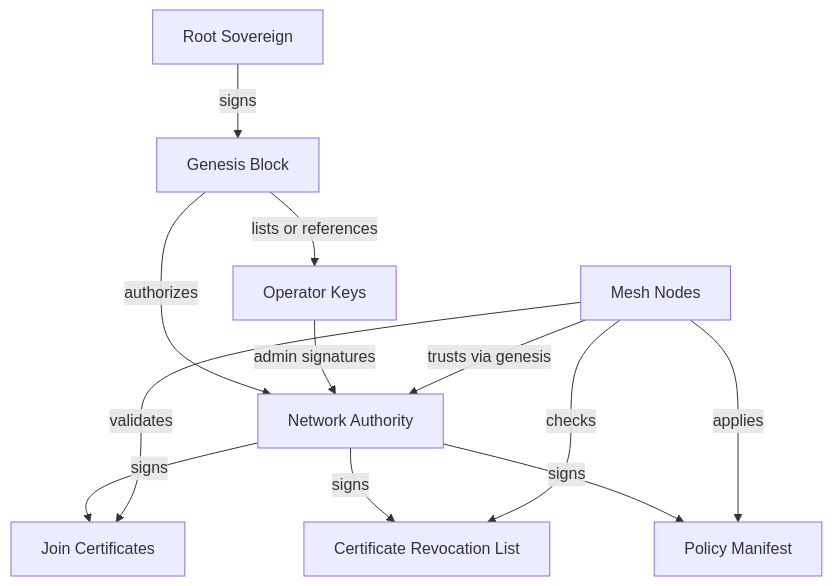
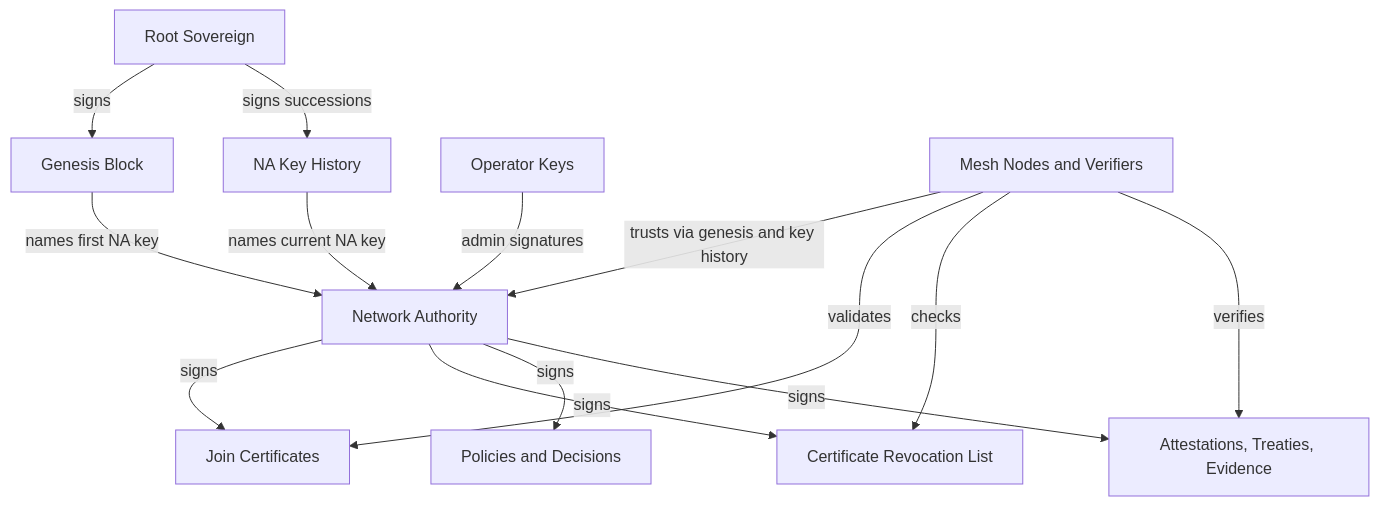
The diagram in docs/concepts/trust-model.md (GenesisMeshLabs/genesismesh), drawn with Mermaid before and after one commit. The commit also changed other lines of this file and 54 other files, not shown here.

````diff
--- a/docs/concepts/trust-model.md
+++ b/docs/concepts/trust-model.md
@@ -6,23 +8,27 @@
 ```{mermaid}
 flowchart TD
     rs["Root Sovereign"]
     genesis["Genesis Block"]
+    history["NA Key History"]
     na["Network Authority"]
     operator["Operator Keys"]
     cert["Join Certificates"]
     crl["Certificate Revocation List"]
-    policy["Policy Manifest"]
-    node["Mesh Nodes"]
+    policy["Policies and Decisions"]
+    records["Attestations, Treaties, Evidence"]
+    node["Mesh Nodes and Verifiers"]
 
     rs -->|signs| genesis
-    genesis -->|authorizes| na
-    genesis -->|lists or references| operator
+    rs -->|signs successions| history
+    genesis -->|names first NA key| na
+    history -->|names current NA key| na
     operator -->|admin signatures| na
     na -->|signs| cert
     na -->|signs| crl
     na -->|signs| policy
-    node -->|trusts via genesis| na
+    na -->|signs| records
+    node -->|trusts via genesis and key history| na
     node -->|validates| cert
     node -->|checks| crl
-    node -->|applies| policy
+    node -->|verifies| records
 ```
````
